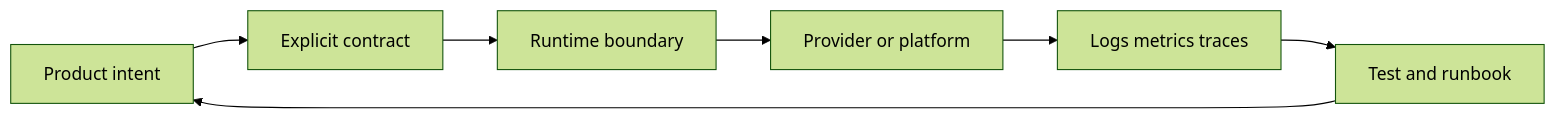
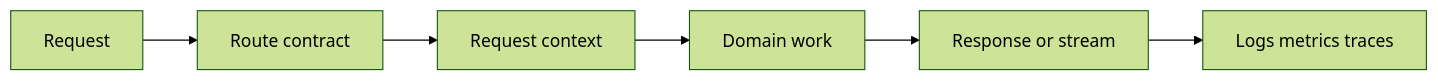
Before and after one commit to jeffersoncampos12p-dev/jeston: the diagram in path/to/docs/core/api-routes.mdx, drawn with Mermaid (forest theme). The commit also changed other lines of this file and 31 other files, not shown here.

````diff
--- a/path/to/docs/core/api-routes.mdx
+++ b/path/to/docs/core/api-routes.mdx
@@ -96,9 +102,8 @@
 ```mermaid placement="top-right"
 flowchart LR
-    intent[Product intent] --> contract[Explicit contract]
-    contract --> boundary[Runtime boundary]
-    boundary --> dependency[Provider or platform]
-    dependency --> signal[Logs metrics traces]
-    signal --> proof[Test and runbook]
-    proof --> intent
+    request[Request] --> route[Route contract]
+    route --> context[Request context]
+    context --> work[Domain work]
+    work --> response[Response or stream]
+    response --> signal[Logs metrics traces]
 ```
````
